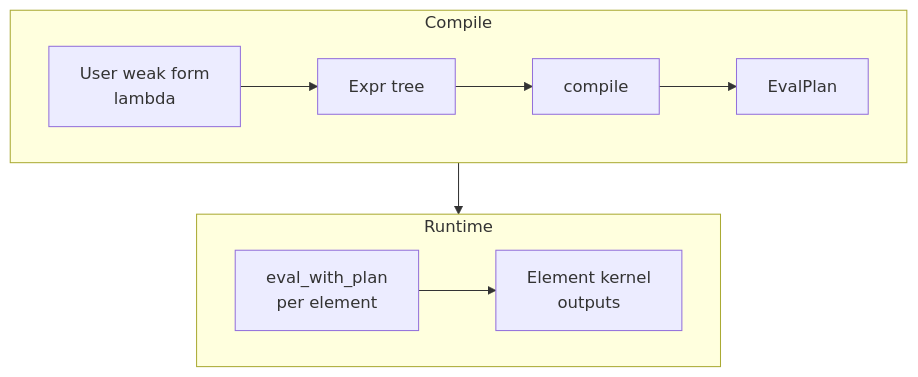
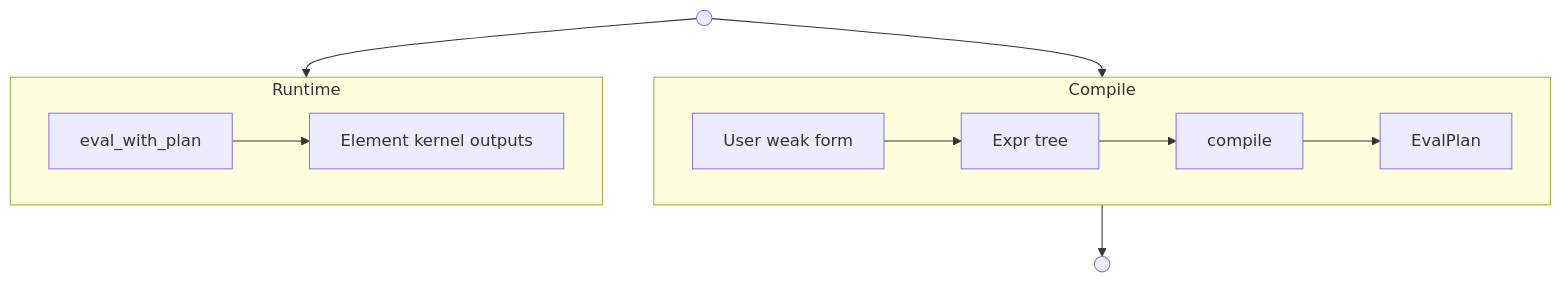
The diagram in README.md (kevin-tofu/fluxfem), drawn with Mermaid before and after one commit.

````diff
--- a/README.md
+++ b/README.md
@@ -48,21 +48,30 @@
 ```mermaid
 flowchart TB
 
+  %% invisible anchors
+  X(( ))
+  Y(( ))
+
+  %% Compile row
   subgraph Compile
     direction LR
-    A["User weak form<br/>lambda"]
+    A["User weak form"]
     B["Expr tree"]
     C["compile"]
     D["EvalPlan"]
     A --> B --> C --> D
   end
 
+  %% Runtime row
   subgraph Runtime
     direction LR
-    E["eval_with_plan<br/>per element"]
-    F["Element kernel<br/>outputs"]
+    E["eval_with_plan"]
+    F["Element kernel outputs"]
     E --> F
   end
 
-  D --> E
+  %% force vertical layout
+  X --> A
+  X --> E
+  D --> Y
 ```
````
